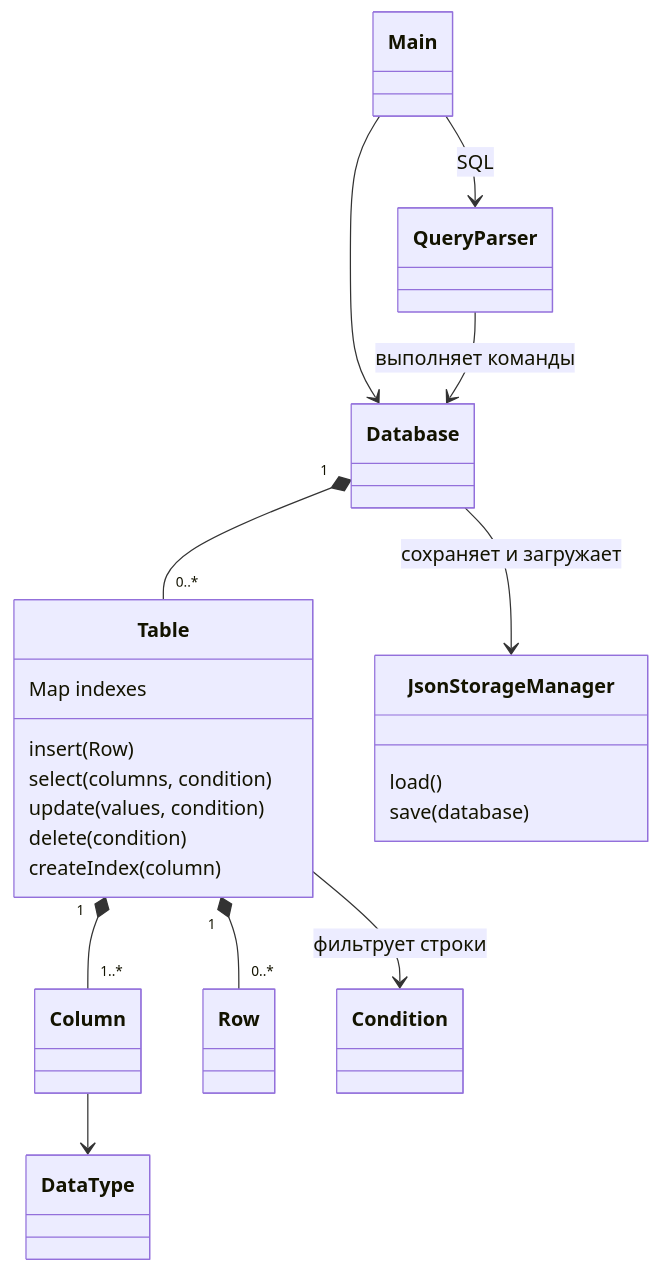
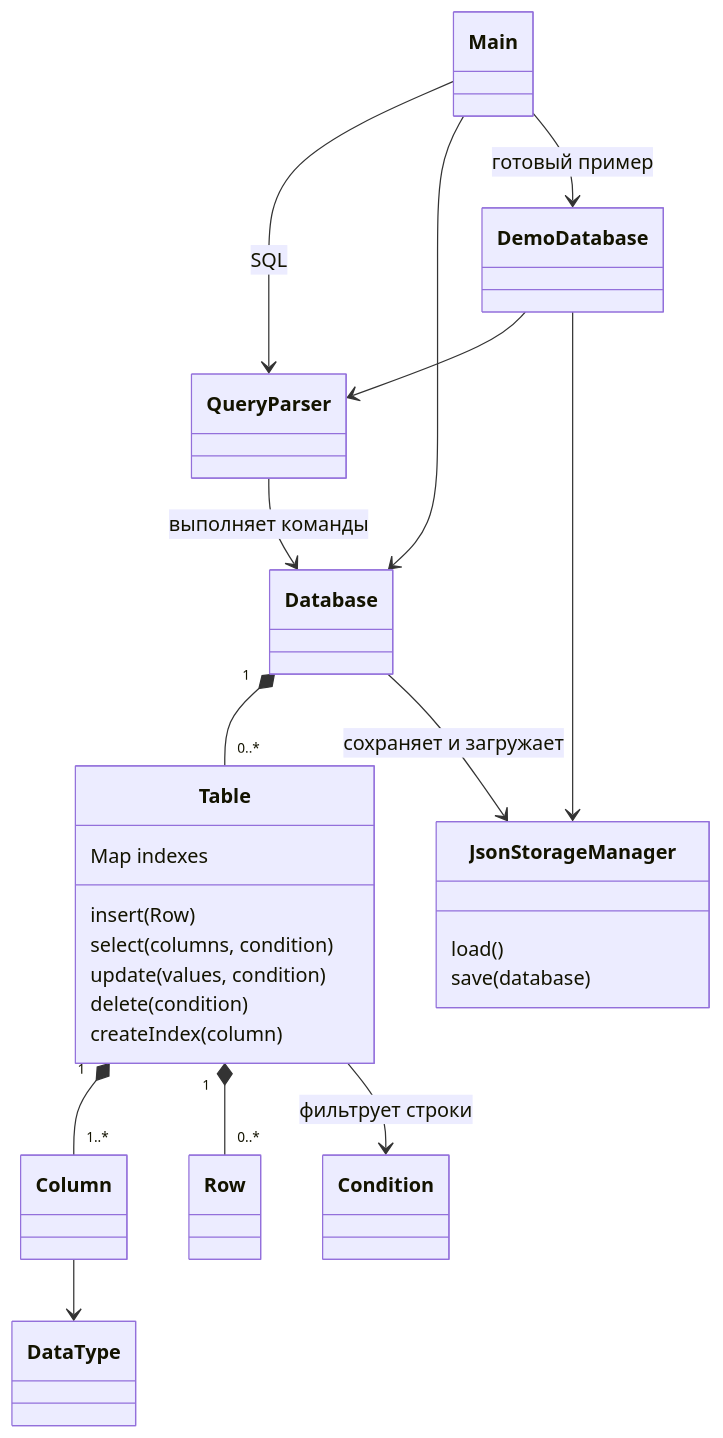
One commit to R1sen13/HSE_Java_Labs changed the first of 3 diagrams in README.md. Above: the diagram before and after it, drawn with Mermaid. The commit also changed other lines of this file and 3 other files, not shown here.

````diff
--- a/README.md
+++ b/README.md
@@ -71,20 +72,23 @@
 ```mermaid
 classDiagram
     Main --> QueryParser : SQL
     Main --> Database
+    Main --> DemoDatabase : готовый пример
+    DemoDatabase --> QueryParser
+    DemoDatabase --> JsonStorageManager
     QueryParser --> Database : выполняет команды
     Database "1" *-- "0..*" Table
     Database --> JsonStorageManager : сохраняет и загружает
     Table "1" *-- "1..*" Column
     Table "1" *-- "0..*" Row
     Column --> DataType
     Table --> Condition : фильтрует строки
     Table : Map indexes
     Table : insert(Row)
     Table : select(columns, condition)
     Table : update(values, condition)
     Table : delete(condition)
     Table : createIndex(column)
     JsonStorageManager : load()
     JsonStorageManager : save(database)
 ```
````
